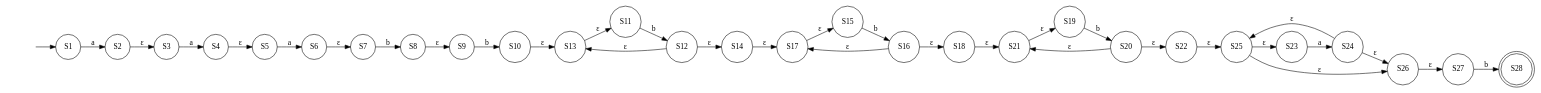
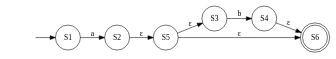
Before and after one commit to ZiadSheriif/AutoMajestic: the diagram in output/nfa/nfa.gv, drawn with Graphviz. The commit also changed 8 other files, not shown here.

```diff
--- a/output/nfa/nfa.gv
+++ b/output/nfa/nfa.gv
@@ -1,65 +1,17 @@
 digraph NFA {
 	"" [shape=none]
 	"" -> S1
 	S1 [shape=circle]
 	S1 -> S2 [label=a]
-	S10 [shape=circle]
-	S10 -> S13 [label="ε"]
-	S11 [shape=circle]
-	S11 -> S12 [label=b]
-	S12 [shape=circle]
-	S12 -> S13 [label="ε"]
-	S12 -> S14 [label="ε"]
-	S13 [shape=circle]
-	S13 -> S11 [label="ε"]
-	S14 [shape=circle]
-	S14 -> S17 [label="ε"]
-	S15 [shape=circle]
-	S15 -> S16 [label=b]
-	S16 [shape=circle]
-	S16 -> S17 [label="ε"]
-	S16 -> S18 [label="ε"]
-	S17 [shape=circle]
-	S17 -> S15 [label="ε"]
-	S18 [shape=circle]
-	S18 -> S21 [label="ε"]
-	S19 [shape=circle]
-	S19 -> S20 [label=b]
 	S2 [shape=circle]
-	S2 -> S3 [label="ε"]
-	S20 [shape=circle]
-	S20 -> S21 [label="ε"]
-	S20 -> S22 [label="ε"]
-	S21 [shape=circle]
-	S21 -> S19 [label="ε"]
-	S22 [shape=circle]
-	S22 -> S25 [label="ε"]
-	S23 [shape=circle]
-	S23 -> S24 [label=a]
-	S24 [shape=circle]
-	S24 -> S25 [label="ε"]
-	S24 -> S26 [label="ε"]
-	S25 [shape=circle]
-	S25 -> S23 [label="ε"]
-	S25 -> S26 [label="ε"]
-	S26 [shape=circle]
-	S26 -> S27 [label="ε"]
-	S27 [shape=circle]
-	S27 -> S28 [label=b]
-	S28 [shape=doublecircle]
+	S2 -> S5 [label="ε"]
 	S3 [shape=circle]
-	S3 -> S4 [label=a]
+	S3 -> S4 [label=b]
 	S4 [shape=circle]
-	S4 -> S5 [label="ε"]
+	S4 -> S6 [label="ε"]
 	S5 [shape=circle]
-	S5 -> S6 [label=a]
-	S6 [shape=circle]
-	S6 -> S7 [label="ε"]
-	S7 [shape=circle]
-	S7 -> S8 [label=b]
-	S8 [shape=circle]
-	S8 -> S9 [label="ε"]
-	S9 [shape=circle]
-	S9 -> S10 [label=b]
+	S5 -> S3 [label="ε"]
+	S5 -> S6 [label="ε"]
+	S6 [shape=doublecircle]
 	rankdir=LR
 }
```
